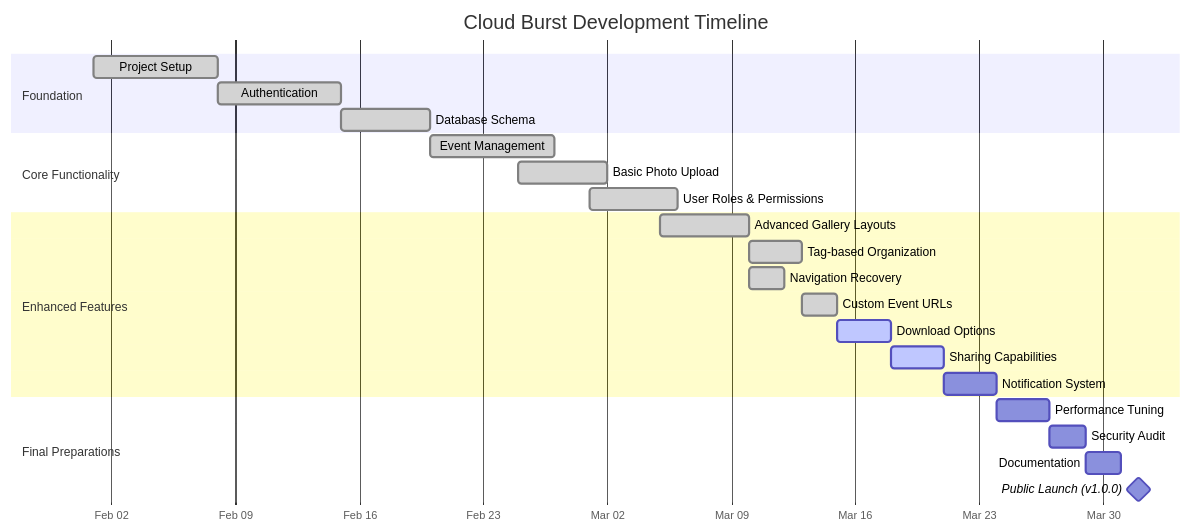
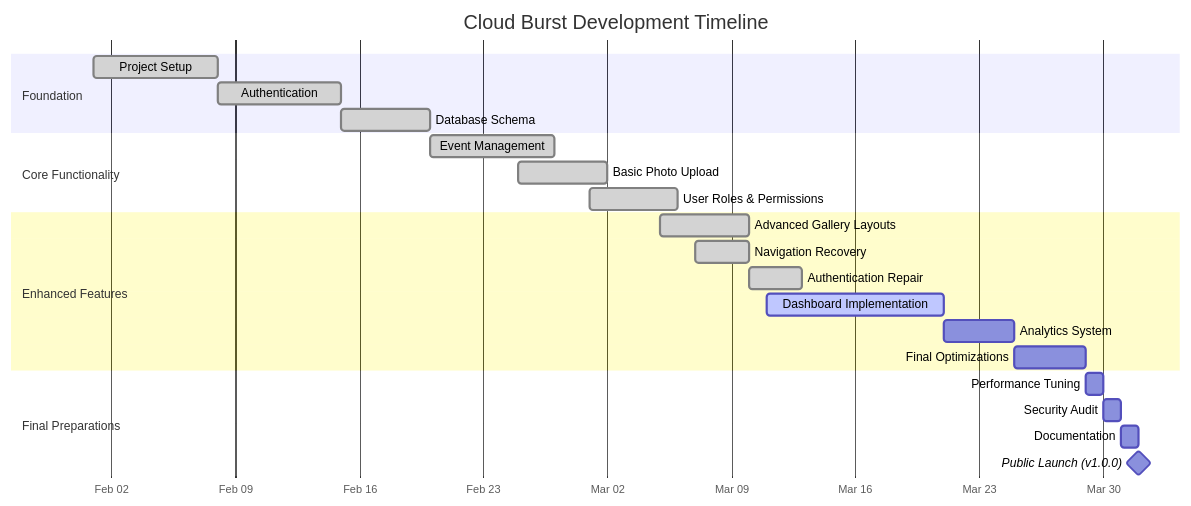
Before and after one commit to mrj0nesmtl/cloud-burst: the first of 2 diagrams in docs/planning/roadmap.md, drawn with Mermaid. The commit also changed other lines of this file and 55 other files, not shown here.

First line of the commit message:
Session 22: Comprehensive Dashboard and Documentation Updates

````diff
--- a/docs/planning/roadmap.md
+++ b/docs/planning/roadmap.md
@@ -40,31 +41,30 @@
 ```mermaid
 gantt
     title Cloud Burst Development Timeline
     dateFormat  YYYY-MM-DD
     axisFormat %b %d
     
     section Foundation
     Project Setup           :done, f1, 2025-02-01, 7d
     Authentication          :done, f2, 2025-02-08, 7d
     Database Schema         :done, f3, 2025-02-15, 5d
     
     section Core Functionality
     Event Management        :done, c1, 2025-02-20, 7d
     Basic Photo Upload      :done, c2, 2025-02-25, 5d
     User Roles & Permissions:done, c3, 2025-03-01, 5d
     
     section Enhanced Features
     Advanced Gallery Layouts:done, e1, 2025-03-05, 5d
-    Tag-based Organization  :done, e2, 2025-03-10, 3d
-    Navigation Recovery     :done, e3, 2025-03-10, 2d
-    Custom Event URLs       :done, e4, 2025-03-13, 2d
-    Download Options        :active, e5, 2025-03-15, 3d
-    Sharing Capabilities    :active, e6, 2025-03-18, 3d
-    Notification System     :e7, 2025-03-21, 3d
+    Navigation Recovery     :done, e2, 2025-03-07, 3d
+    Authentication Repair   :done, e3, 2025-03-10, 3d
+    Dashboard Implementation:active, e4, 2025-03-11, 10d
+    Analytics System        :e5, 2025-03-21, 4d
+    Final Optimizations     :e6, 2025-03-25, 4d
     
     section Final Preparations
-    Performance Tuning      :o1, 2025-03-24, 3d
-    Security Audit          :o2, 2025-03-27, 2d
-    Documentation           :l2, 2025-03-29, 2d
+    Performance Tuning      :o1, 2025-03-29, 1d
+    Security Audit          :o2, 2025-03-30, 1d
+    Documentation           :l2, 2025-03-31, 1d
     Public Launch (v1.0.0)  :milestone, l3, 2025-04-01, 0d
 ```
````
